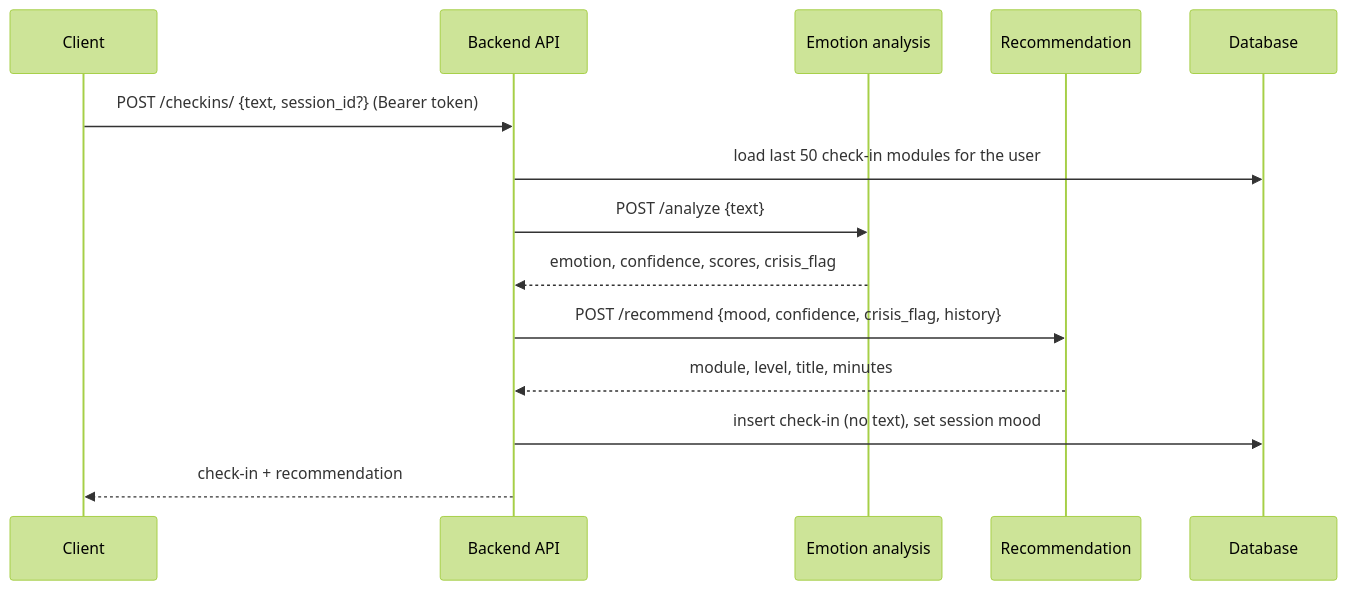
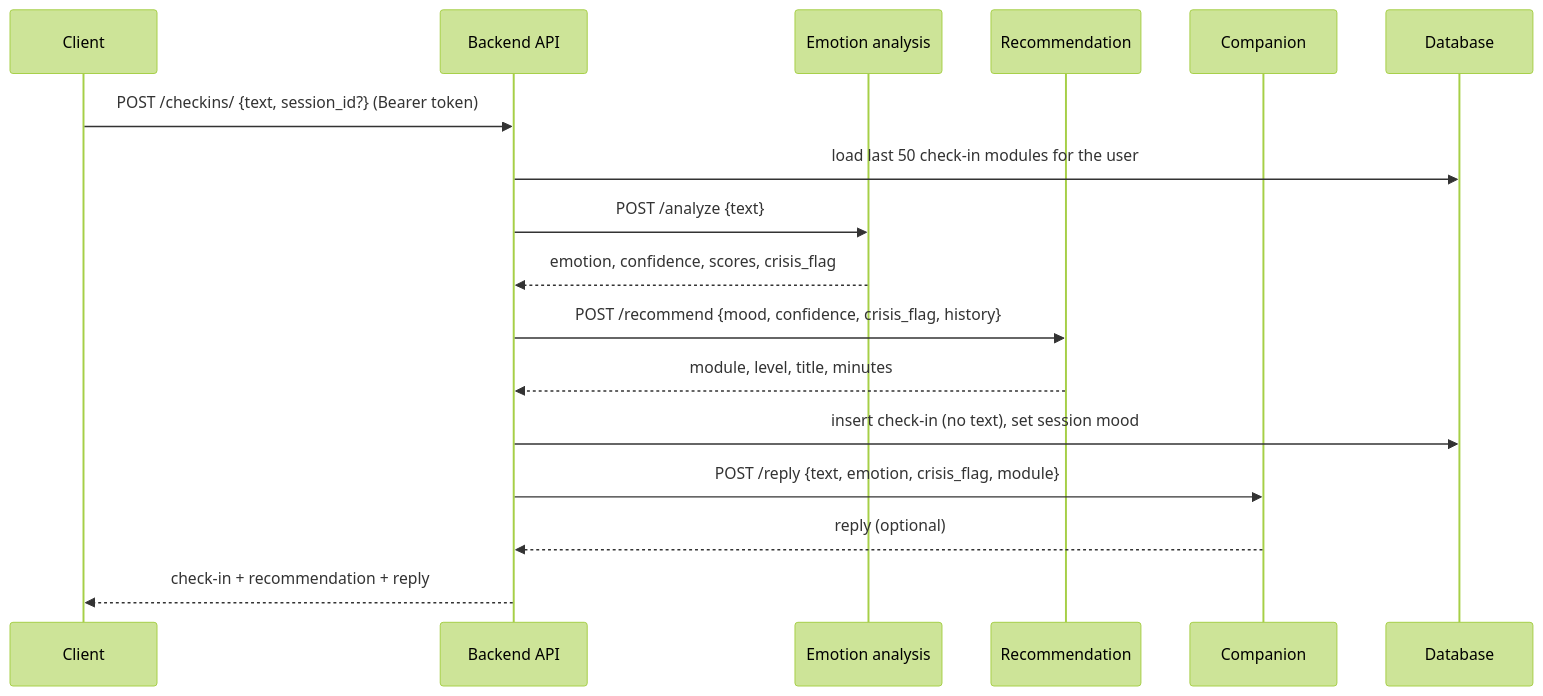
One commit to psychicDree/CortexAI changed the second of 2 diagrams in Docs/SystemArchitecture.md. Above: the diagram before and after it, drawn with Mermaid (forest theme). The commit also changed other lines of this file and 4 other files, not shown here.

````diff
--- a/Docs/SystemArchitecture.md
+++ b/Docs/SystemArchitecture.md
@@ -57,17 +63,20 @@
 ```mermaid
 sequenceDiagram
   participant C as Client
   participant API as Backend API
   participant EA as Emotion analysis
   participant REC as Recommendation
+  participant CMP as Companion
   participant DB as Database
 
   C->>API: POST /checkins/ {text, session_id?} (Bearer token)
   API->>DB: load last 50 check-in modules for the user
   API->>EA: POST /analyze {text}
   EA-->>API: emotion, confidence, scores, crisis_flag
   API->>REC: POST /recommend {mood, confidence, crisis_flag, history}
   REC-->>API: module, level, title, minutes
   API->>DB: insert check-in (no text), set session mood
-  API-->>C: check-in + recommendation
+  API->>CMP: POST /reply {text, emotion, crisis_flag, module}
+  CMP-->>API: reply (optional)
+  API-->>C: check-in + recommendation + reply
 ```
````
